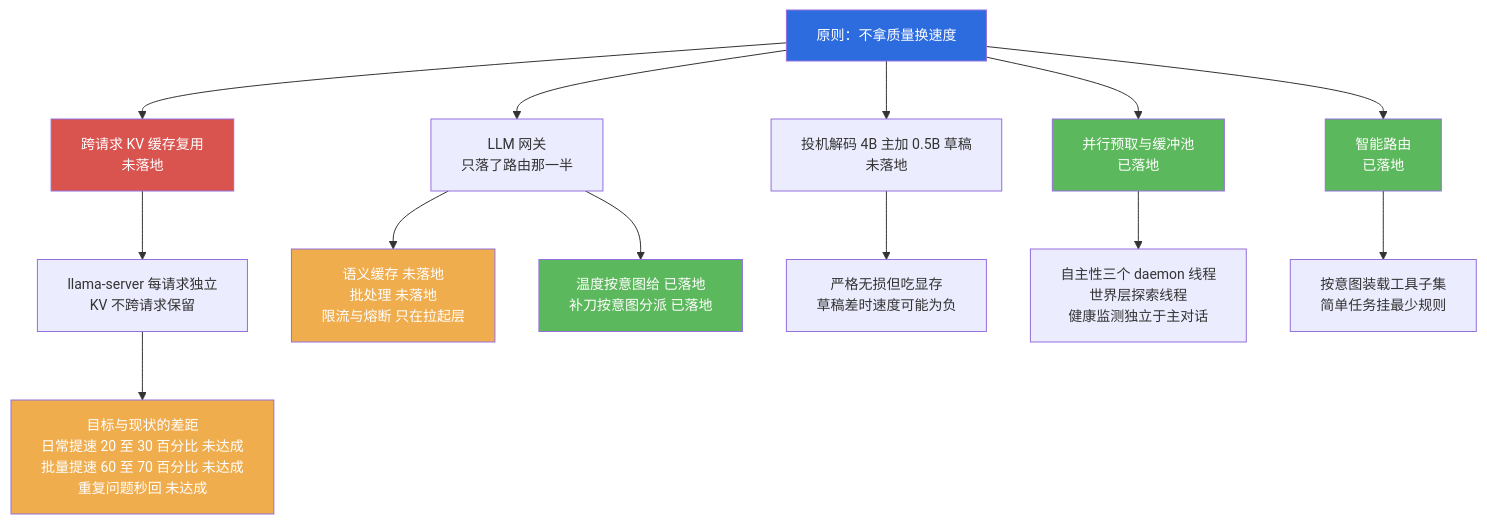
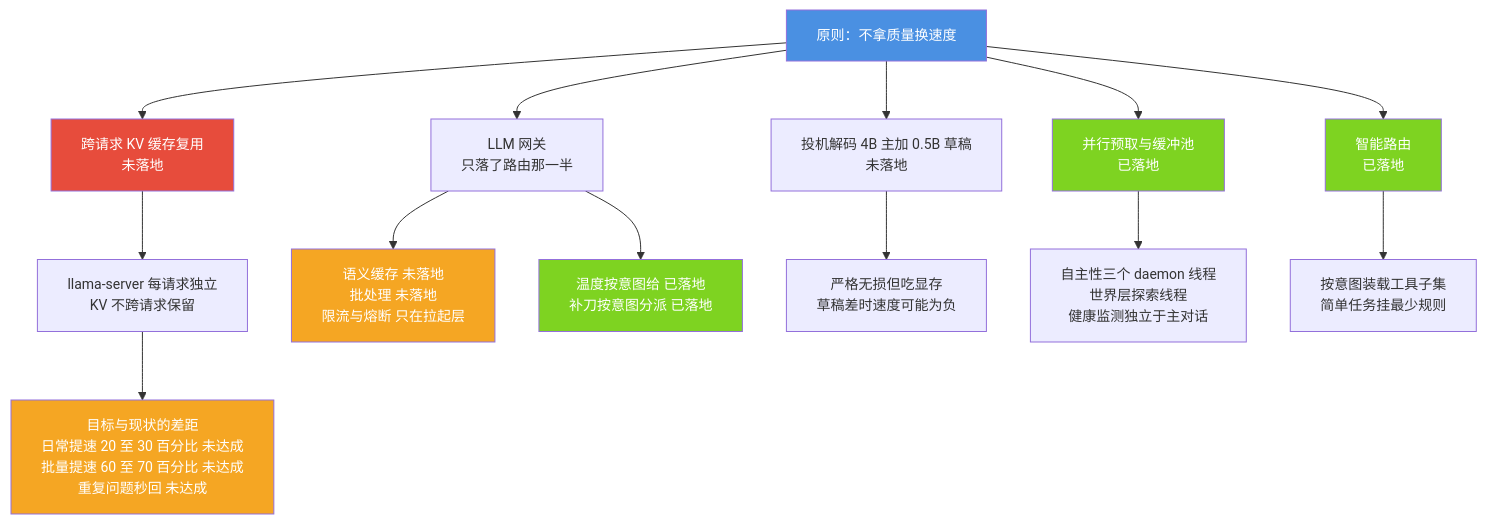
The third of 9 diagrams in docs/modules/11-post-chapters.md (jiangchuangege/xiaojiao-harnees), drawn with Mermaid before and after one commit. The commit also changed other lines of this file and 32 other files, not shown here.

Commit message:
统一：全仓原理图配色到一套调色板 + 给 12 张灰图补色 + 修正自己会睡那张过期图

````diff
--- a/docs/modules/11-post-chapters.md
+++ b/docs/modules/11-post-chapters.md
@@ -344,28 +344,28 @@
 ```mermaid
 %%{init: {"themeVariables": {"fontSize": "14px"}, "flowchart": {"htmlLabels": true, "wrappingWidth": 330, "nodeSpacing": 44, "rankSpacing": 58, "useMaxWidth": true}}}%%
 flowchart TB
     R["原则：不拿质量换速度"]
 
     R --> A["跨请求 KV 缓存复用<br/>未落地"]
     R --> B["LLM 网关<br/>只落了路由那一半"]
     R --> C["投机解码 4B 主加 0.5B 草稿<br/>未落地"]
     R --> D["并行预取与缓冲池<br/>已落地"]
     R --> E["智能路由<br/>已落地"]
 
     A --> A1["llama-server 每请求独立<br/>KV 不跨请求保留"]
     B --> B1["语义缓存 未落地<br/>批处理 未落地<br/>限流与熔断 只在拉起层"]
     B --> B2["温度按意图给 已落地<br/>补刀按意图分派 已落地"]
     C --> C1["严格无损但吃显存<br/>草稿差时速度可能为负"]
     D --> D1["自主性三个 daemon 线程<br/>世界层探索线程<br/>健康监测独立于主对话"]
     E --> E1["按意图装载工具子集<br/>简单任务挂最少规则"]
 
     A1 --> GAP["目标与现状的差距<br/>日常提速 20 至 30 百分比 未达成<br/>批量提速 60 至 70 百分比 未达成<br/>重复问题秒回 未达成"]
 
-    style R fill:#2d6cdf,color:#fff
-    style D fill:#5cb85c,color:#fff
-    style E fill:#5cb85c,color:#fff
-    style B2 fill:#5cb85c,color:#fff
-    style A fill:#d9534f,color:#fff
-    style B1 fill:#f0ad4e,color:#fff
-    style GAP fill:#f0ad4e,color:#fff
+    style R fill:#4A90E2,color:#fff
+    style D fill:#7ED321,color:#fff
+    style E fill:#7ED321,color:#fff
+    style B2 fill:#7ED321,color:#fff
+    style A fill:#E74C3C,color:#fff
+    style B1 fill:#F5A623,color:#fff
+    style GAP fill:#F5A623,color:#fff
 ```
````
